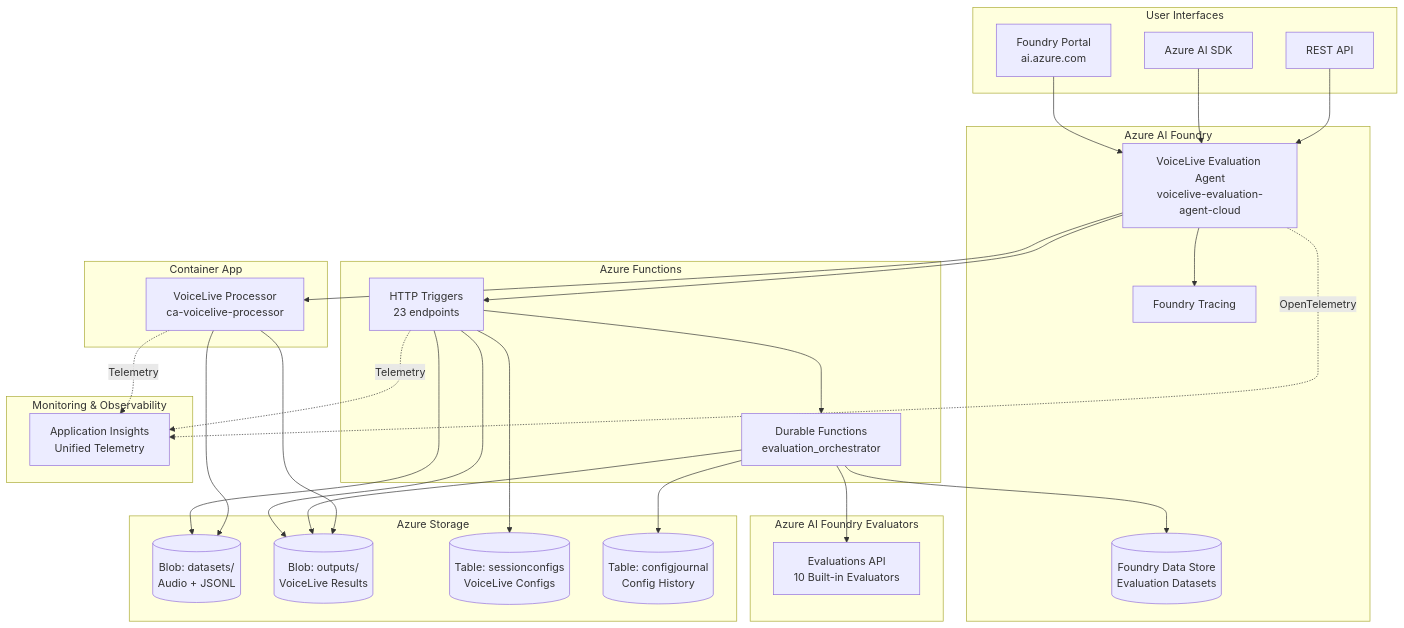
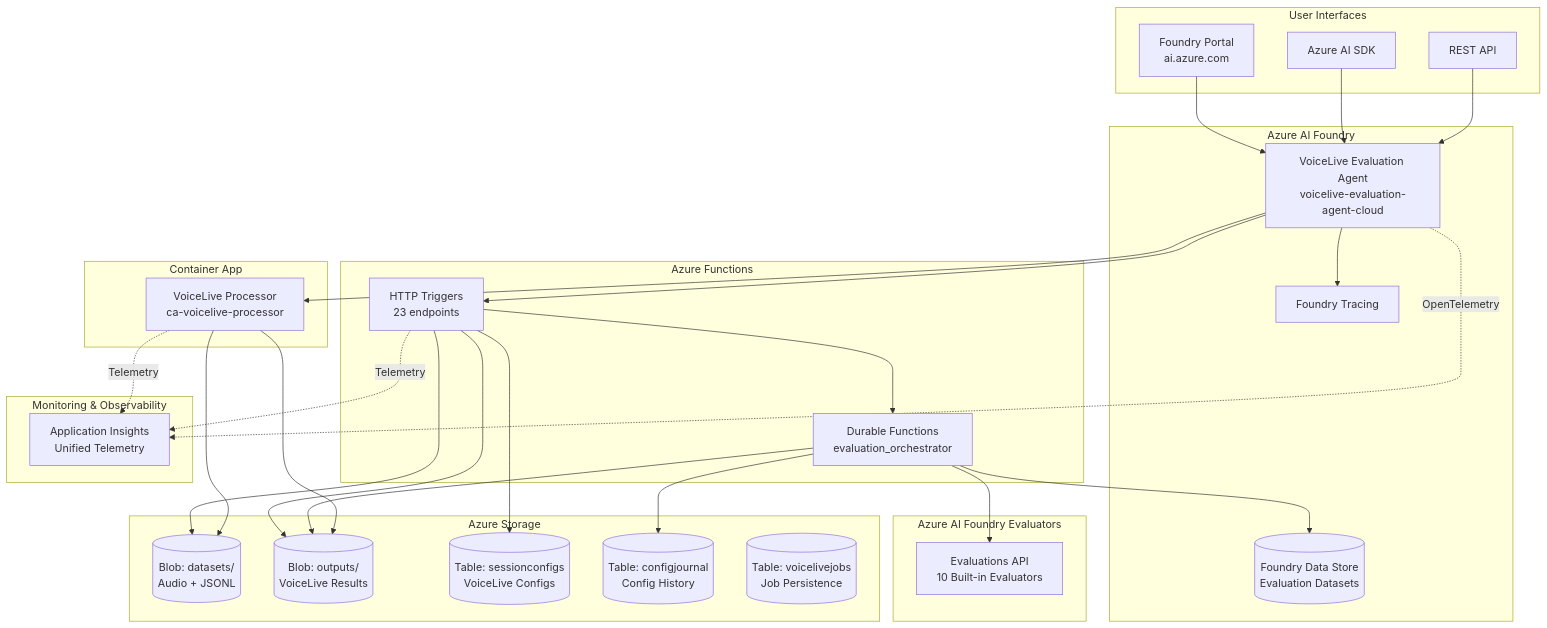
One commit to microsoft-foundry/voicelive-evaluation changed the first of 22 diagrams in evaluation_agent/ARCHITECTURE.md. Above: the diagram before and after it, drawn with Mermaid. The commit also changed other lines of this file and 3 other files, not shown here.

````diff
--- a/evaluation_agent/ARCHITECTURE.md
+++ b/evaluation_agent/ARCHITECTURE.md
@@ -11,58 +11,59 @@
 ```mermaid
 graph TB
     subgraph "User Interfaces"
         FP[Foundry Portal<br/>ai.azure.com]
         SDK[Azure AI SDK]
         API[REST API]
     end
     
     subgraph "Azure AI Foundry"
         Agent[VoiceLive Evaluation Agent<br/>voicelive-evaluation-agent-cloud]
         Trace[Foundry Tracing]
         FDS[(Foundry Data Store<br/>Evaluation Datasets)]
     end
     
     subgraph "Azure Functions"
         HTTP[HTTP Triggers<br/>23 endpoints]
         Durable[Durable Functions<br/>evaluation_orchestrator]
     end
     
     subgraph "Container App"
         VL[VoiceLive Processor<br/>ca-voicelive-processor]
     end
     
     subgraph "Azure Storage"
         DS[(Blob: datasets/<br/>Audio + JSONL)]
         OUT[(Blob: outputs/<br/>VoiceLive Results)]
         TBL1[(Table: sessionconfigs<br/>VoiceLive Configs)]
         TBL2[(Table: configjournal<br/>Config History)]
+        TBL3[(Table: voicelivejobs<br/>Job Persistence)]
     end
     
     subgraph "Monitoring & Observability"
         AI[Application Insights<br/>Unified Telemetry]
     end
     
     subgraph "Azure AI Foundry Evaluators"
         EVAL[Evaluations API<br/>10 Built-in Evaluators]
     end
     
     FP --> Agent
     SDK --> Agent
     API --> Agent
     Agent --> HTTP
     Agent --> VL
     Agent --> Trace
     Agent -.->|OpenTelemetry| AI
     HTTP --> Durable
     HTTP --> DS
     HTTP --> OUT
     HTTP --> TBL1
     HTTP -.->|Telemetry| AI
     Durable --> FDS
     Durable --> EVAL
     Durable --> OUT
     Durable --> TBL2
     VL --> DS
     VL --> OUT
     VL -.->|Telemetry| AI
 ```
````
